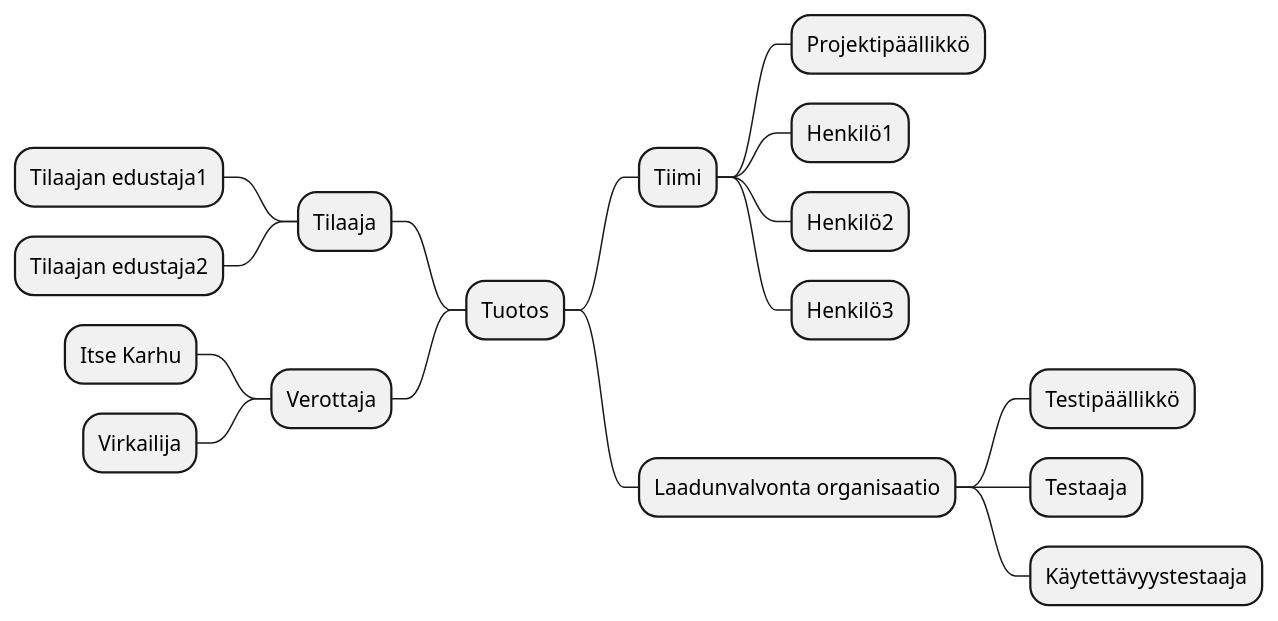
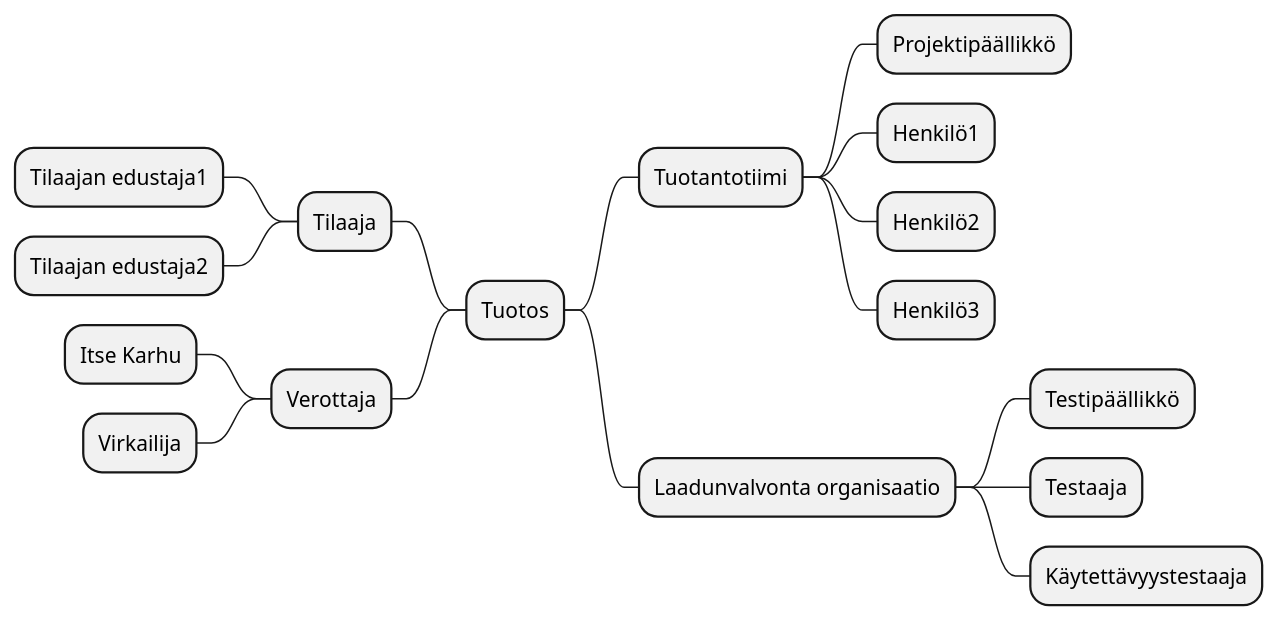
The first of 2 diagrams in dokumentit/10-Projektihallinta/projektisuunnitelma.md (ninaleo/ransut-core), drawn with PlantUML before and after one commit. The commit also changed other lines of this file, not shown here.

````diff
--- a/dokumentit/10-Projektihallinta/projektisuunnitelma.md
+++ b/dokumentit/10-Projektihallinta/projektisuunnitelma.md
@@ -89,21 +100,20 @@
 ```plantuml
 @startmindmap
 + Tuotos
-++ Tiimi
+++ Tuotantotiimi
 +++ Projektipäällikkö
 +++ Henkilö1
 +++ Henkilö2
 +++ Henkilö3
 -- Tilaaja
 --- Tilaajan edustaja1
 --- Tilaajan edustaja2
 ++ Laadunvalvonta organisaatio
 +++ Testipäällikkö
 +++ Testaaja
 +++ Käytettävyystestaaja
 -- Verottaja
 --- Itse Karhu
 --- Virkailija
-
 @endmindmap
 ```
````
